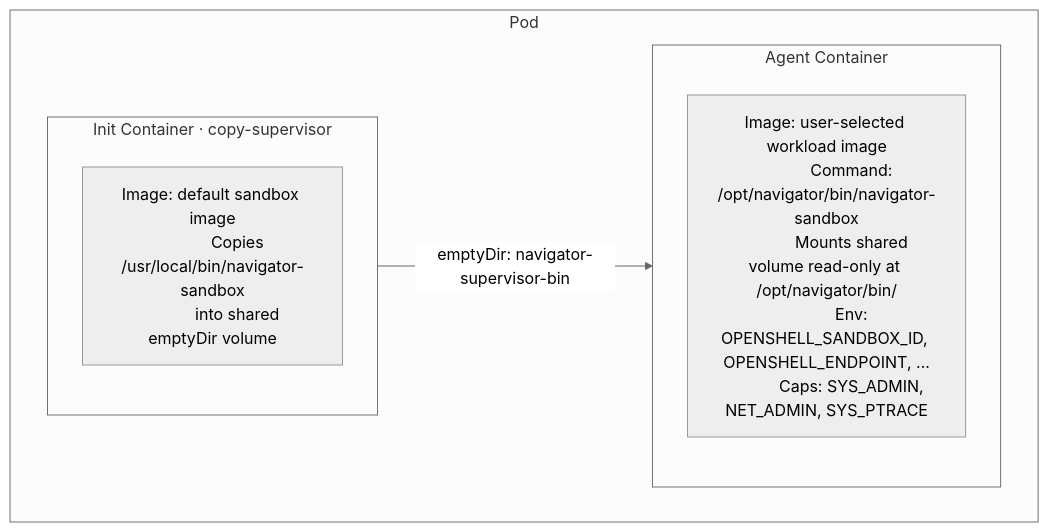
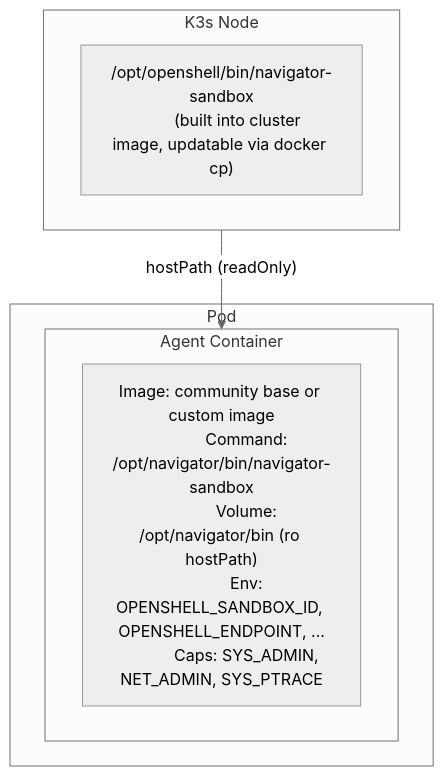
One commit to NVIDIA/OpenShell changed the diagram in architecture/sandbox-custom-containers.md. Above: the diagram before and after it, drawn with Mermaid (neutral theme). The commit also changed other lines of this file and 25 other files, not shown here.

First line of the commit message:
refactor(sandbox): replace init container with hostPath supervisor sideload

````diff
--- a/architecture/sandbox-custom-containers.md
+++ b/architecture/sandbox-custom-containers.md
@@ -39,20 +39,19 @@
 ```mermaid
 flowchart TB
+    subgraph node["K3s Node"]
+        bin["/opt/openshell/bin/navigator-sandbox
+        (built into cluster image, updatable via docker cp)"]
+    end
+
+    node -- "hostPath (readOnly)" --> agent
+
     subgraph pod["Pod"]
-        subgraph init["Init Container · copy-supervisor"]
-            init_desc["Image: default sandbox image
-            Copies /usr/local/bin/navigator-sandbox
-            into shared emptyDir volume"]
-        end
-
-        init -- "emptyDir: navigator-supervisor-bin" --> agent
-
         subgraph agent["Agent Container"]
-            agent_desc["Image: user-selected workload image
+            agent_desc["Image: community base or custom image
             Command: /opt/navigator/bin/navigator-sandbox
-            Mounts shared volume read-only at /opt/navigator/bin/
+            Volume: /opt/navigator/bin (ro hostPath)
             Env: OPENSHELL_SANDBOX_ID, OPENSHELL_ENDPOINT, ...
             Caps: SYS_ADMIN, NET_ADMIN, SYS_PTRACE"]
         end
     end
 ```
````
